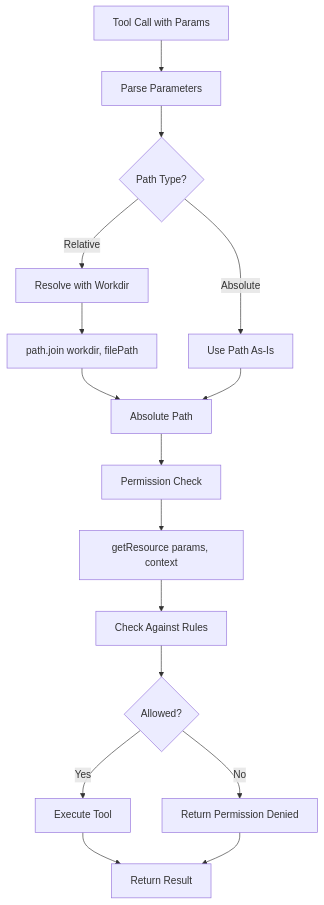
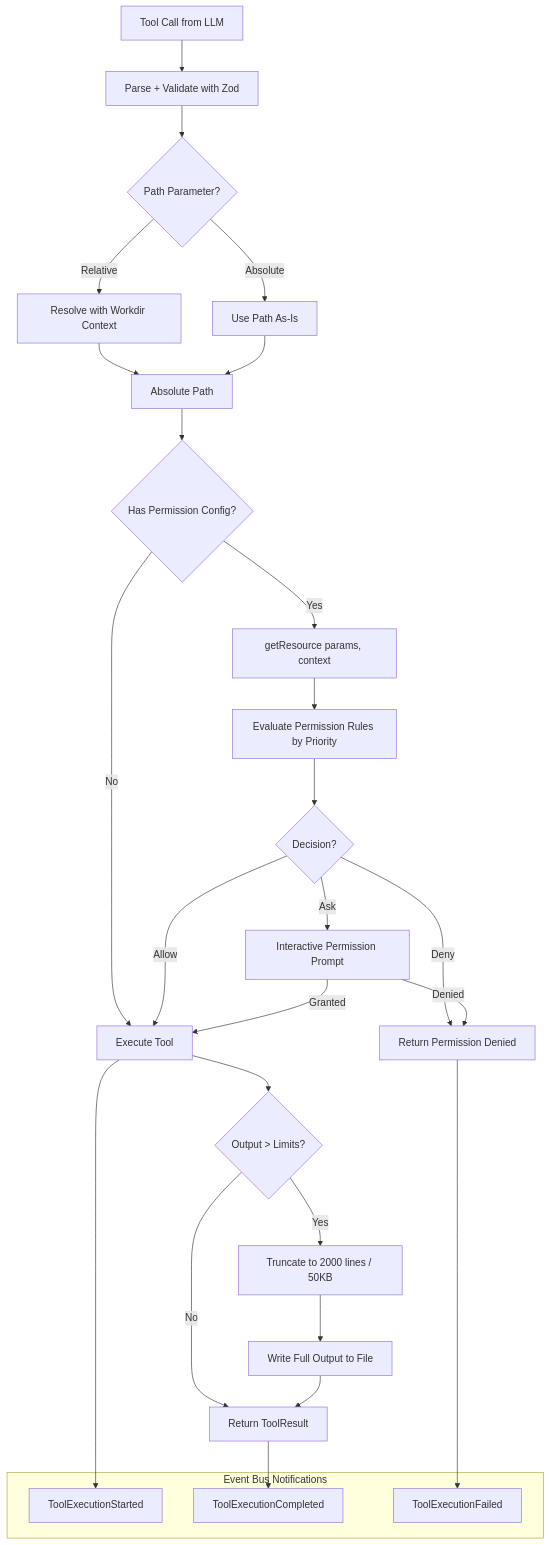
Before and after one commit to ausardcompany/alexi: the sixth of 6 diagrams in docs/ARCHITECTURE.md, drawn with Mermaid. The commit also changed other lines of this file and 6 other files, not shown here.

````diff
--- a/docs/ARCHITECTURE.md
+++ b/docs/ARCHITECTURE.md
@@ -239,23 +358,39 @@
 ```mermaid
 flowchart TB
-    ToolCall[Tool Call with Params] --> ParseParams[Parse Parameters]
-    ParseParams --> CheckPath{Path Type?}
-    
+    ToolCall[Tool Call from LLM] --> ParseParams[Parse + Validate with Zod]
+    ParseParams --> CheckPath{Path Parameter?}
+
     CheckPath -->|Absolute| UseAbsolute[Use Path As-Is]
-    CheckPath -->|Relative| ResolveRelative[Resolve with Workdir]
-    
-    ResolveRelative --> JoinPath[path.join workdir, filePath]
-    JoinPath --> AbsolutePath[Absolute Path]
+    CheckPath -->|Relative| ResolveRelative[Resolve with Workdir Context]
+
+    ResolveRelative --> AbsolutePath[Absolute Path]
     UseAbsolute --> AbsolutePath
-    
-    AbsolutePath --> PermCheck[Permission Check]
-    PermCheck --> GetResource[getResource params, context]
-    GetResource --> CheckPerms[Check Against Rules]
-    
-    CheckPerms --> Allowed{Allowed?}
-    Allowed -->|Yes| Execute[Execute Tool]
-    Allowed -->|No| Deny[Return Permission Denied]
-    
-    Execute --> Result[Return Result]
-    Deny --> Result
+
+    AbsolutePath --> HasPermConfig{Has Permission Config?}
+    HasPermConfig -->|No| Execute[Execute Tool]
+    HasPermConfig -->|Yes| GetResource[getResource params, context]
+    GetResource --> EvalRules[Evaluate Permission Rules by Priority]
+    EvalRules --> Decision{Decision?}
+
+    Decision -->|Allow| Execute
+    Decision -->|Deny| ReturnError[Return Permission Denied]
+    Decision -->|Ask| Prompt[Interactive Permission Prompt]
+    Prompt -->|Granted| Execute
+    Prompt -->|Denied| ReturnError
+
+    Execute --> Truncate{Output > Limits?}
+    Truncate -->|Yes| TruncateOutput[Truncate to 2000 lines / 50KB]
+    Truncate -->|No| ReturnResult[Return ToolResult]
+    TruncateOutput --> WriteOverflow[Write Full Output to File]
+    WriteOverflow --> ReturnResult
+
+    subgraph Events["Event Bus Notifications"]
+        Started[ToolExecutionStarted]
+        Completed[ToolExecutionCompleted]
+        Failed[ToolExecutionFailed]
+    end
+
+    Execute --> Started
+    ReturnResult --> Completed
+    ReturnError --> Failed
 ```
````
